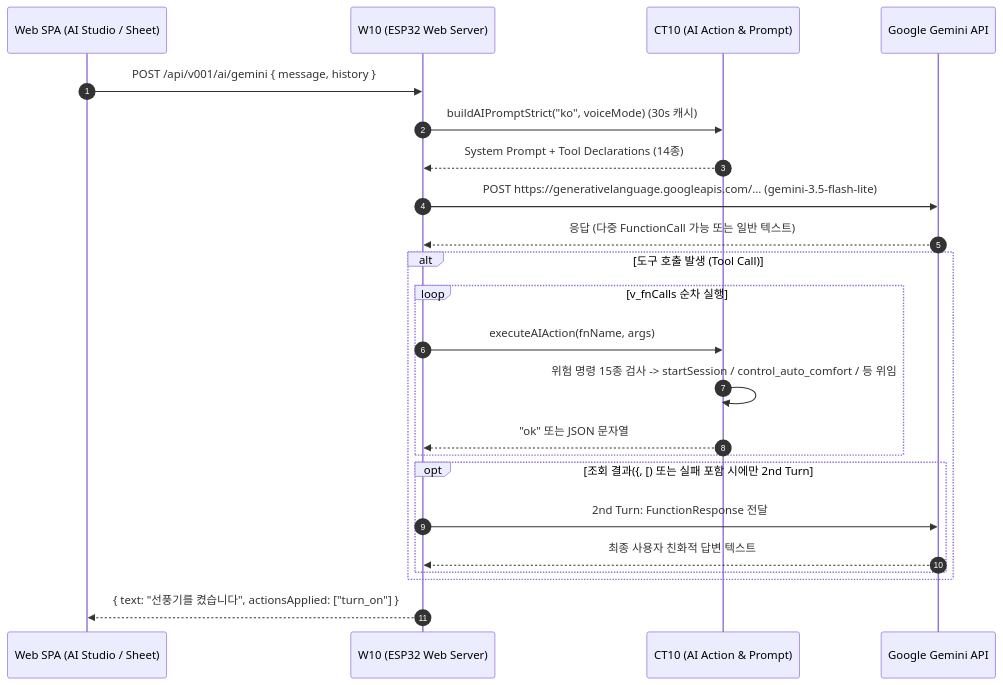
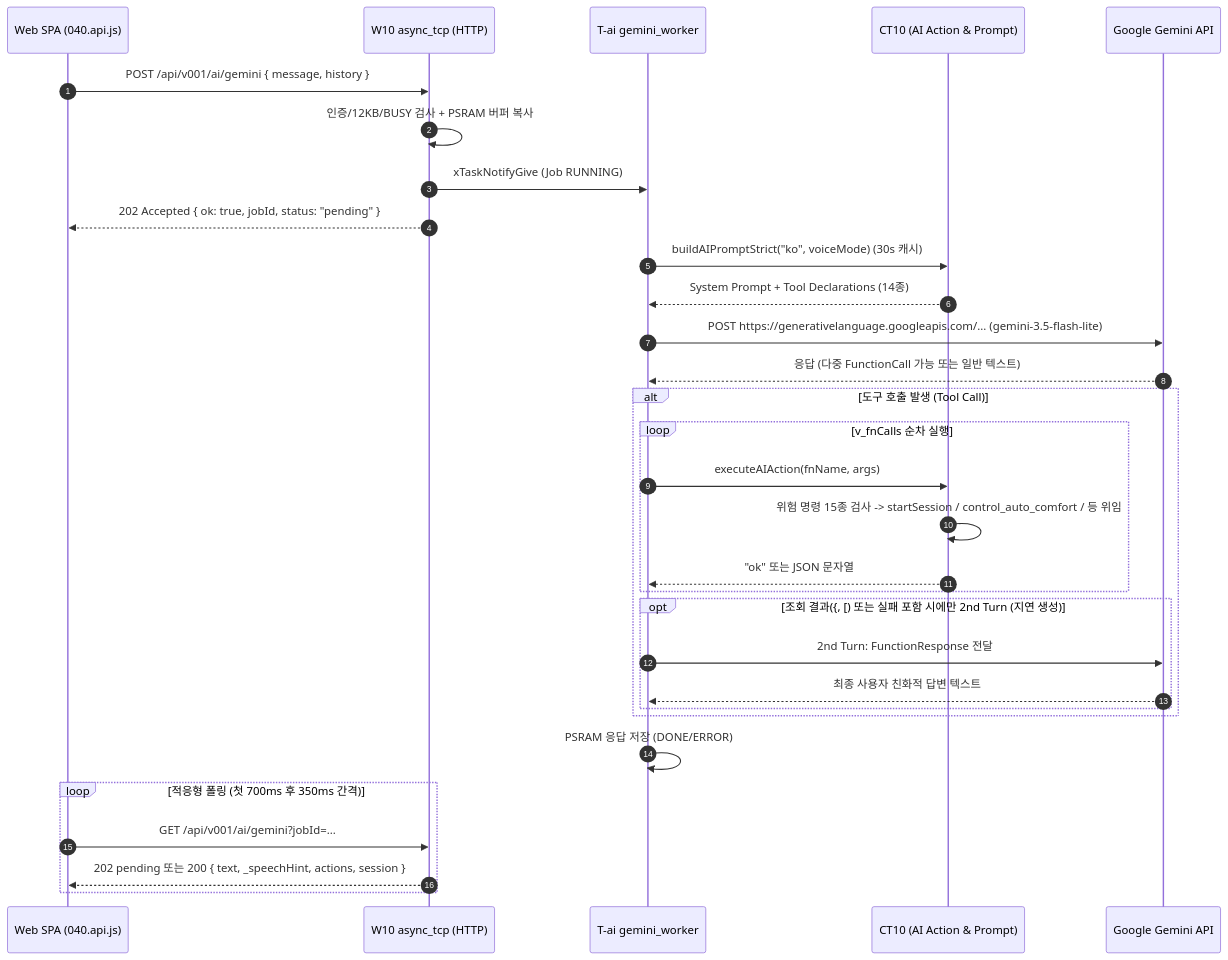
One commit to hosanglee-kr/SmartNatureWind_v002 changed diagram 23 of 28 in src/v0203/contract_doc_0203/FLOW_0203.md. Above: the diagram before and after it, drawn with Mermaid. The commit also changed other lines of this file and 18 other files, not shown here.

Commit message:
feat(v0203): offload AI proxy to async gemini_worker (0203_015)

````diff
--- a/src/v0203/contract_doc_0203/FLOW_0203.md
+++ b/src/v0203/contract_doc_0203/FLOW_0203.md
@@ -765,26 +765,34 @@
 ```mermaid
 sequenceDiagram
     autonumber
-    participant UI as Web SPA (AI Studio / Sheet)
-    participant W as W10 (ESP32 Web Server)
+    participant UI as Web SPA (040.api.js)
+    participant W as W10 async_tcp (HTTP)
+    participant WK as T-ai gemini_worker
     participant CT as CT10 (AI Action & Prompt)
     participant G as Google Gemini API
 
     UI->>W: POST /api/v001/ai/gemini { message, history }
-    W->>CT: buildAIPromptStrict("ko", voiceMode) (30s 캐시)
-    CT-->>W: System Prompt + Tool Declarations (14종)
-    W->>G: POST https://generativelanguage.googleapis.com/... (gemini-3.5-flash-lite)
-    G-->>W: 응답 (다중 FunctionCall 가능 또는 일반 텍스트)
+    W->>W: 인증/12KB/BUSY 검사 + PSRAM 버퍼 복사
+    W->>WK: xTaskNotifyGive (Job RUNNING)
+    W-->>UI: 202 Accepted { ok: true, jobId, status: "pending" }
+    WK->>CT: buildAIPromptStrict("ko", voiceMode) (30s 캐시)
+    CT-->>WK: System Prompt + Tool Declarations (14종)
+    WK->>G: POST https://generativelanguage.googleapis.com/... (gemini-3.5-flash-lite)
+    G-->>WK: 응답 (다중 FunctionCall 가능 또는 일반 텍스트)
     alt 도구 호출 발생 (Tool Call)
         loop v_fnCalls 순차 실행
-            W->>CT: executeAIAction(fnName, args)
+            WK->>CT: executeAIAction(fnName, args)
             CT->>CT: 위험 명령 15종 검사 -> startSession / control_auto_comfort / 등 위임
-            CT-->>W: "ok" 또는 JSON 문자열
+            CT-->>WK: "ok" 또는 JSON 문자열
         end
-        opt 조회 결과({, [) 또는 실패 포함 시에만 2nd Turn
-            W->>G: 2nd Turn: FunctionResponse 전달
-            G-->>W: 최종 사용자 친화적 답변 텍스트
+        opt 조회 결과({, [) 또는 실패 포함 시에만 2nd Turn (지연 생성)
+            WK->>G: 2nd Turn: FunctionResponse 전달
+            G-->>WK: 최종 사용자 친화적 답변 텍스트
         end
     end
-    W-->>UI: { text: "선풍기를 켰습니다", actionsApplied: ["turn_on"] }
+    WK->>WK: PSRAM 응답 저장 (DONE/ERROR)
+    loop 적응형 폴링 (첫 700ms 후 350ms 간격)
+        UI->>W: GET /api/v001/ai/gemini?jobId=...
+        W-->>UI: 202 pending 또는 200 { text, _speechHint, actions, session }
+    end
 ```
````
